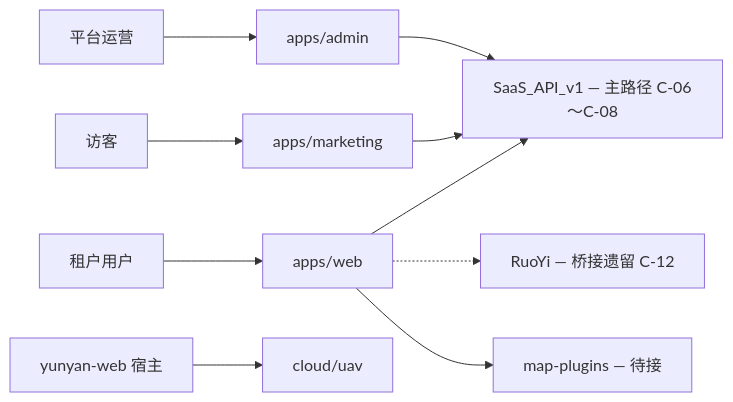
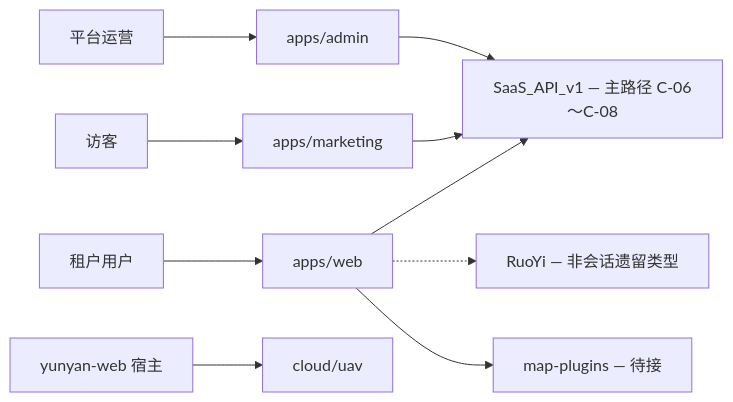
One commit to dujiaoai/map-design changed the diagram in docs/architecture/README.md. Above: the diagram before and after it, drawn with Mermaid. The commit also changed other lines of this file and 44 other files, not shown here.

````diff
--- a/docs/architecture/README.md
+++ b/docs/architecture/README.md
@@ -15,12 +15,12 @@
 ```mermaid
 flowchart LR
   User[租户用户] --> Web[apps/web]
   Visitor[访客] --> Marketing[apps/marketing]
   Operator[平台运营] --> Admin[apps/admin]
   Web --> SaaSAPI[SaaS_API_v1 — 主路径 C-06～C-08]
-  Web -.-> RuoYi[RuoYi — 桥接遗留 C-12]
+  Web -.-> RuoYi[RuoYi — 非会话遗留类型]
   Admin --> SaaSAPI
   Marketing --> SaaSAPI
   Web --> MapPlugins[map-plugins — 待接]
   YunyanWeb[yunyan-web 宿主] --> CloudUAV[cloud/uav]
 ```
````
